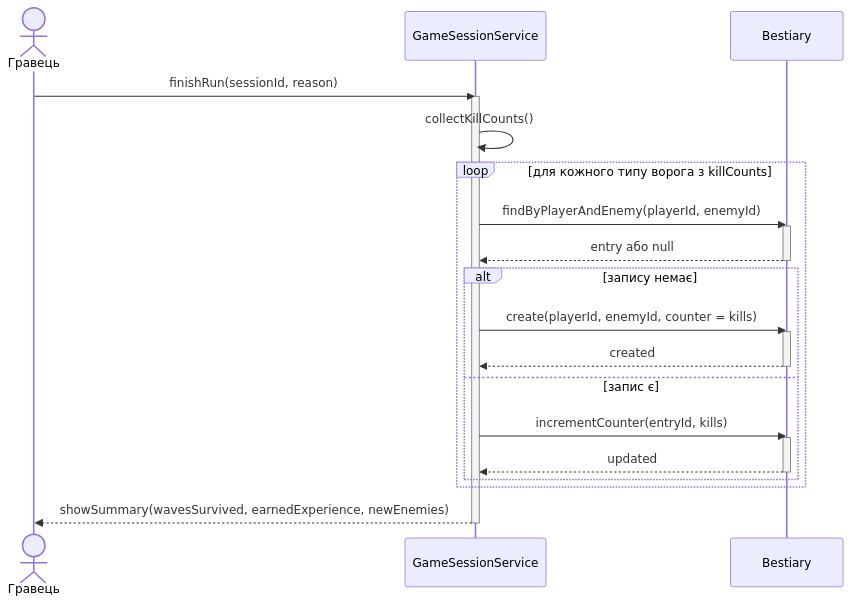
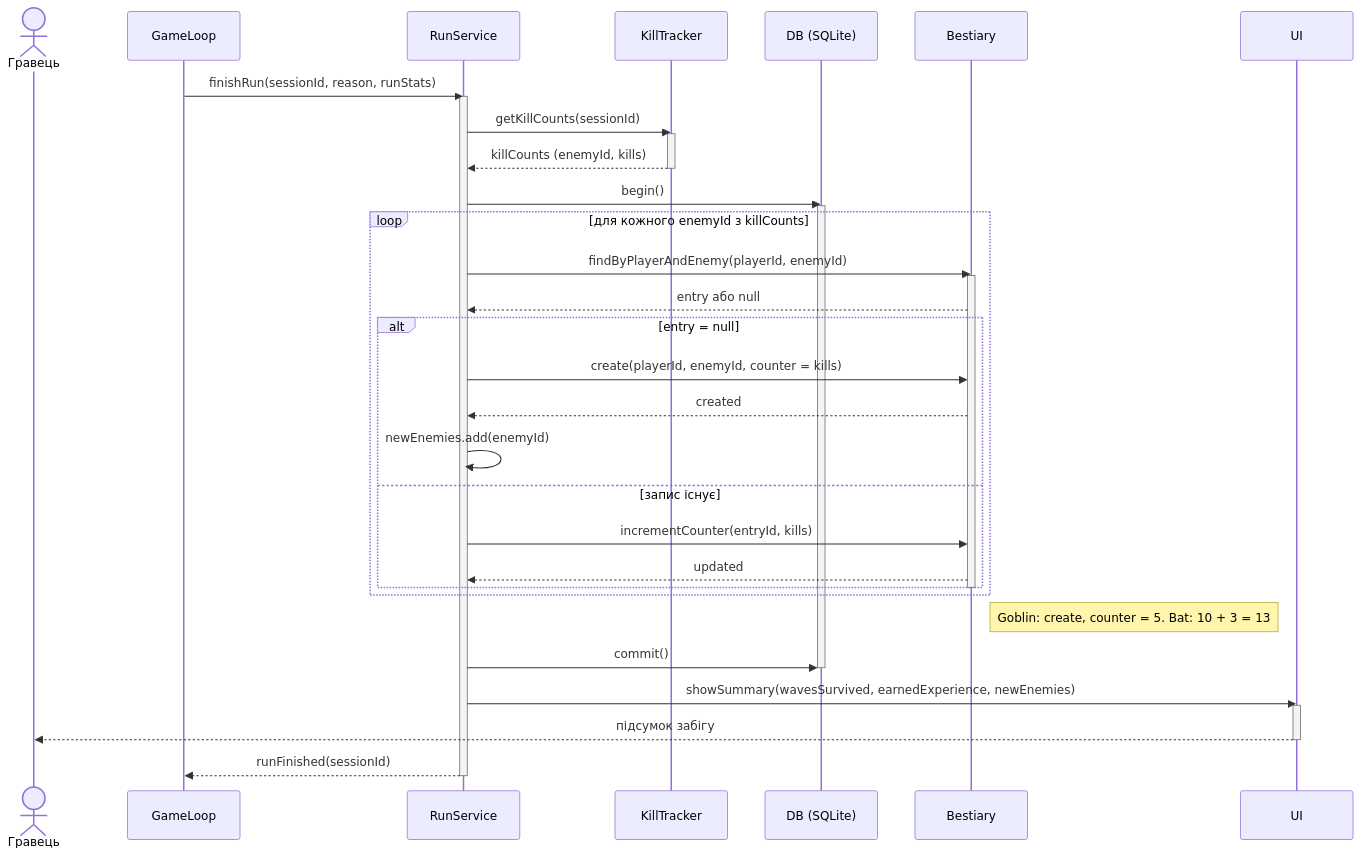
The diagram in Lab3/SC/SC-2 bestiary.md (Sk1y-1/KPI-2), drawn with Mermaid before and after one commit.

Commit message:
Update sequence diagram in bestiary.md

````diff
--- a/Lab3/SC/SC-2 bestiary.md
+++ b/Lab3/SC/SC-2 bestiary.md
@@ -1,28 +1,41 @@
 ```mermaid
 sequenceDiagram
     actor P as Гравець
-    participant GS as GameSessionService
+    participant GL as GameLoop
+    participant RS as RunService
+    participant KT as KillTracker
+    participant DB as DB (SQLite)
     participant B as Bestiary
-    P->>GS: finishRun(sessionId, reason)
-    activate GS
-    GS->>GS: collectKillCounts()
-    loop для кожного типу ворога з killCounts
-        GS->>B: findByPlayerAndEnemy(playerId, enemyId)
+    participant UI as UI
+    GL->>RS: finishRun(sessionId, reason, runStats)
+    activate RS
+    RS->>KT: getKillCounts(sessionId)
+    activate KT
+    KT-->>RS: killCounts (enemyId, kills)
+    deactivate KT
+    RS->>DB: begin()
+    activate DB
+    loop для кожного enemyId з killCounts
+        RS->>B: findByPlayerAndEnemy(playerId, enemyId)
         activate B
-        B-->>GS: entry або null
+        B-->>RS: entry або null
+        alt entry = null
+            RS->>B: create(playerId, enemyId, counter = kills)
+            B-->>RS: created
+            RS->>RS: newEnemies.add(enemyId)
+        else запис існує
+            RS->>B: incrementCounter(entryId, kills)
+            B-->>RS: updated
+        end
         deactivate B
-        alt запису немає
-            GS->>B: create(playerId, enemyId, counter = kills)
-            activate B
-            B-->>GS: created
-            deactivate B
-        else запис є
-            GS->>B: incrementCounter(entryId, kills)
-            activate B
-            B-->>GS: updated
-            deactivate B
-        end
     end
-    GS-->>P: showSummary(wavesSurvived, earnedExperience, newEnemies)
-    deactivate GS
+    Note right of B: Goblin: create, counter = 5. Bat: 10 + 3 = 13
+    RS->>DB: commit()
+    deactivate DB
+    RS->>UI: showSummary(wavesSurvived, earnedExperience, newEnemies)
+    activate UI
+    UI-->>P: підсумок забігу
+    deactivate UI
+    RS-->>GL: runFinished(sessionId)
+    deactivate RS
 ```
````
